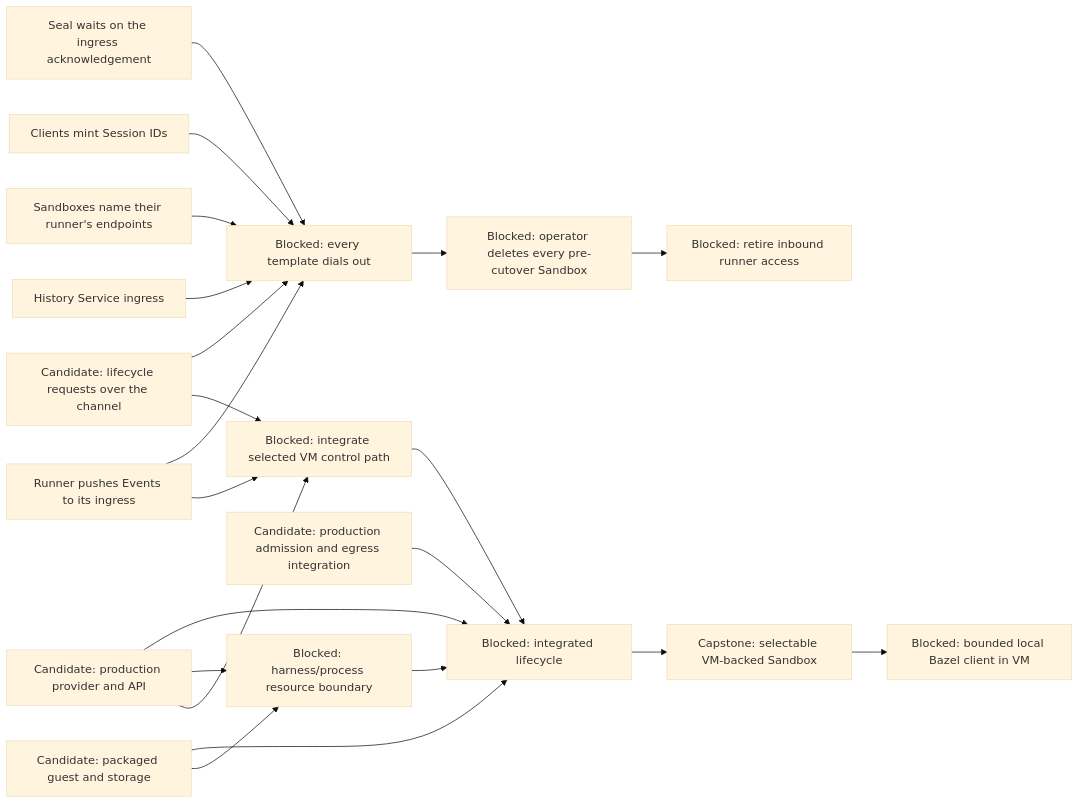
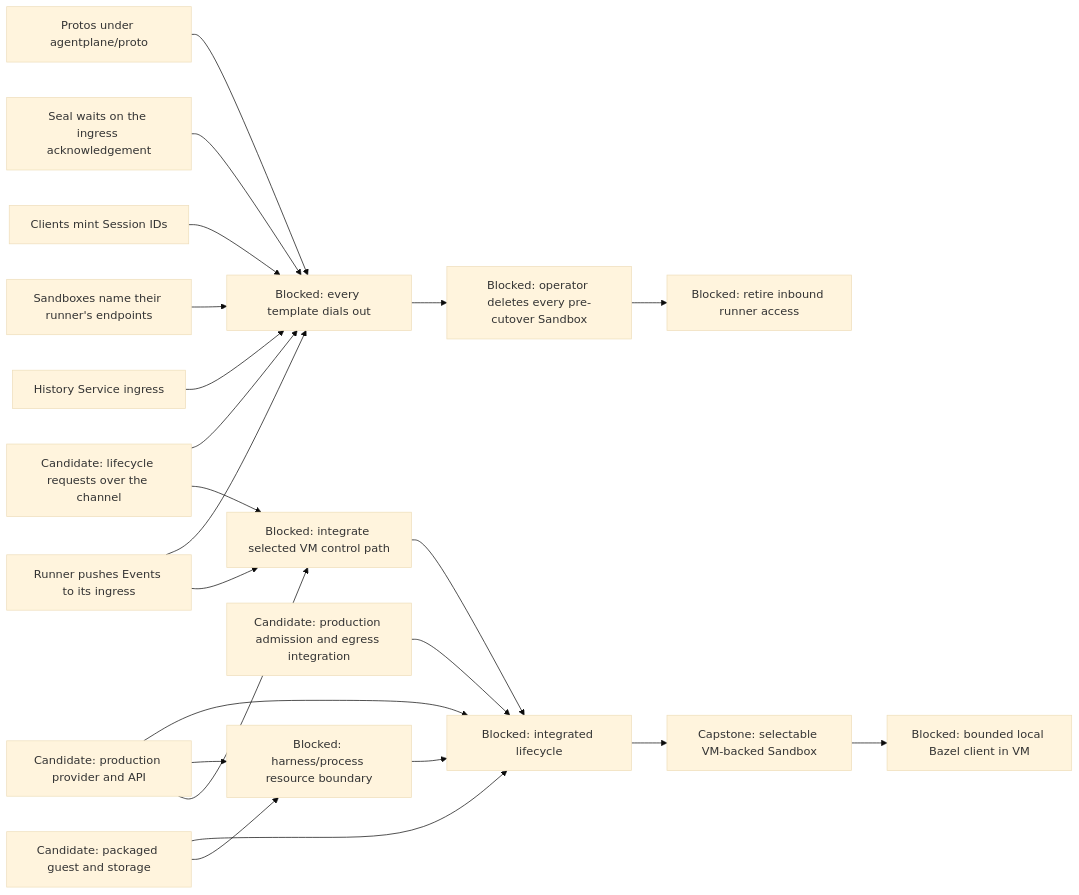
One commit to agentydragon-agent/ducktape changed the sixth of 12 diagrams in agentplane/plans/task_dag.md. Above: the diagram before and after it, drawn with Mermaid (base theme). The commit also changed other lines of this file and 8 other files, not shown here.

````diff
--- a/agentplane/plans/task_dag.md
+++ b/agentplane/plans/task_dag.md
@@ -325,31 +325,32 @@
 ```mermaid
 flowchart LR
     RUNNER_OUTBOUND_LIFECYCLE[Candidate: lifecycle requests over the channel]
     RUNNER_OUTBOUND_ROLLOUT[Blocked: every template dials out]
     VM_CONTROL_NETWORKING[Blocked: integrate selected VM control path]
     VM_IMAGE[Candidate: packaged guest and storage]
     VM_PROVIDER[Candidate: production provider and API]
     VM_EGRESS[Candidate: production admission and egress integration]
     VM_PROCESS_ISOLATION[Blocked: harness/process resource boundary]
     VM_LIFECYCLE[Blocked: integrated lifecycle]
     RUNNER_OUTBOUND_LIFECYCLE --> VM_CONTROL_NETWORKING
     RUNNER_INGRESS_PUSH[Runner pushes Events to its ingress] --> VM_CONTROL_NETWORKING
     RUNNER_INGRESS_PUSH --> RUNNER_OUTBOUND_ROLLOUT
     HISTORY_INGRESS[History Service ingress] --> RUNNER_OUTBOUND_ROLLOUT
     SANDBOX_RUNNER_ENDPOINTS[Sandboxes name their runner's endpoints] --> RUNNER_OUTBOUND_ROLLOUT
     CLIENT_SESSION_IDS[Clients mint Session IDs] --> RUNNER_OUTBOUND_ROLLOUT
     SEAL_ON_INGRESS_ACK[Seal waits on the ingress acknowledgement] --> RUNNER_OUTBOUND_ROLLOUT
     RUNNER_OUTBOUND_LIFECYCLE --> RUNNER_OUTBOUND_ROLLOUT
+    PROTO_DIRECTORY[Protos under agentplane/proto] --> RUNNER_OUTBOUND_ROLLOUT
     RUNNER_OUTBOUND_ROLLOUT --> LEGACY_SANDBOX_RETIRE[Blocked: operator deletes every pre-cutover Sandbox]
     LEGACY_SANDBOX_RETIRE --> RUNNER_INBOUND_RETIRE[Blocked: retire inbound runner access]
     VM_PROVIDER --> VM_CONTROL_NETWORKING
     VM_CONTROL_NETWORKING --> VM_LIFECYCLE
     VM_IMAGE --> VM_PROCESS_ISOLATION
     VM_PROVIDER --> VM_PROCESS_ISOLATION
     VM_IMAGE --> VM_LIFECYCLE
     VM_PROVIDER --> VM_LIFECYCLE
     VM_EGRESS --> VM_LIFECYCLE
     VM_PROCESS_ISOLATION --> VM_LIFECYCLE
     VM_LIFECYCLE --> SANDBOX_VM_ISOLATION[Capstone: selectable VM-backed Sandbox]
     SANDBOX_VM_ISOLATION --> LOCAL_BAZEL[Blocked: bounded local Bazel client in VM]
 ```
````
